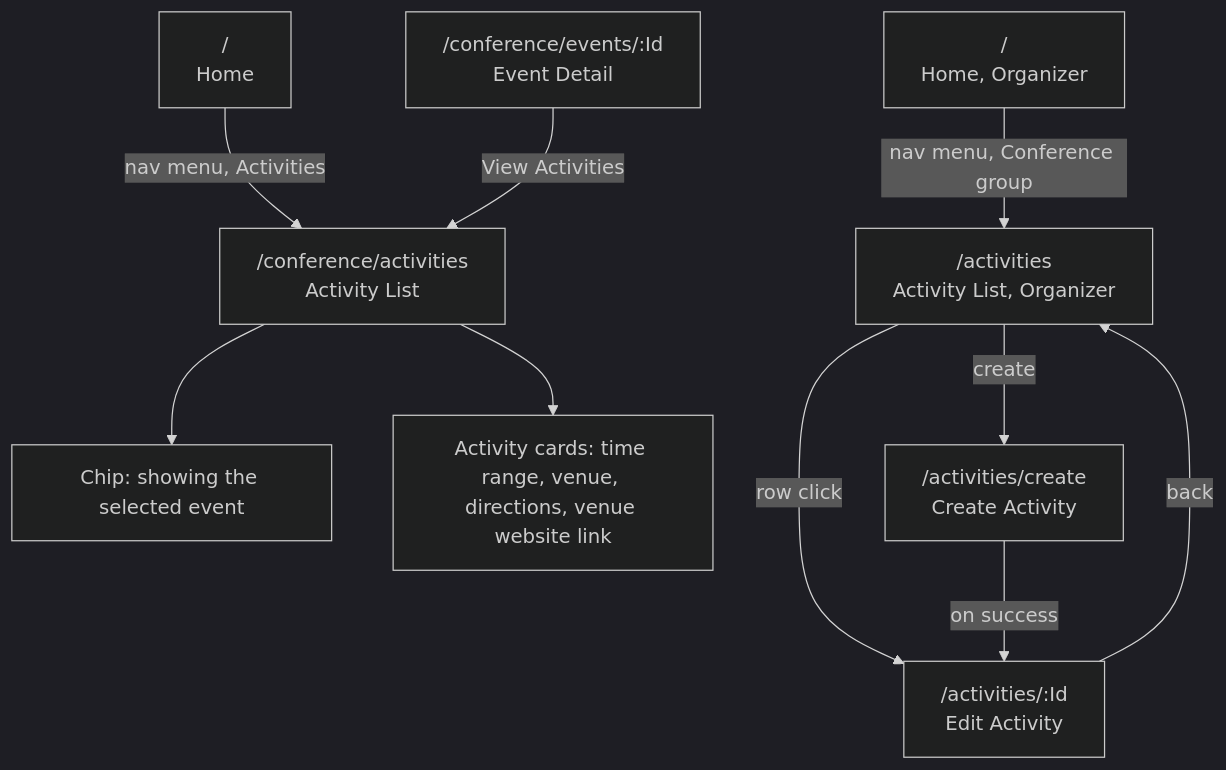
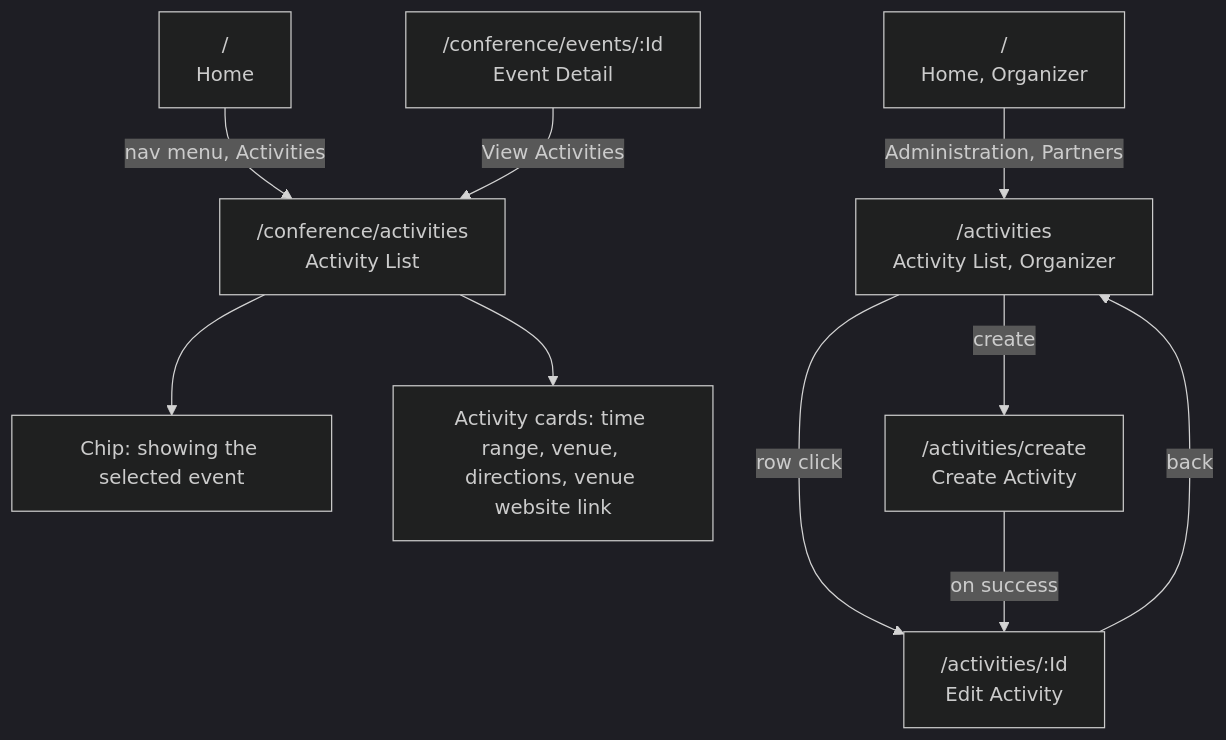
Before and after one commit to ivanball/ivanball.github.io: diagram 13 of 14 in docs-src/guides/adc-NavigationFlow.md, drawn with Mermaid (dark theme). The commit also changed other lines of this file and 7 other files, not shown here.

````diff
--- a/docs-src/guides/adc-NavigationFlow.md
+++ b/docs-src/guides/adc-NavigationFlow.md
@@ -667,12 +668,12 @@
 ```mermaid
 flowchart TD
     Home["/<br/>Home"] -->|nav menu, Activities| PubActivities["/conference/activities<br/>Activity List"]
     EventDetail["/conference/events/:Id<br/>Event Detail"] -->|View Activities| PubActivities
     PubActivities --> EventChip["Chip: showing the selected event"]
     PubActivities --> Cards["Activity cards: time range, venue, directions, venue website link"]
-    OrgHome["/<br/>Home, Organizer"] -->|nav menu, Conference group| Manage["/activities<br/>Activity List, Organizer"]
+    OrgHome["/<br/>Home, Organizer"] -->|Administration, Partners| Manage["/activities<br/>Activity List, Organizer"]
     Manage -->|create| Create["/activities/create<br/>Create Activity"]
     Manage -->|row click| Edit["/activities/:Id<br/>Edit Activity"]
     Create -->|on success| Edit
     Edit -->|back| Manage
 ```
````
